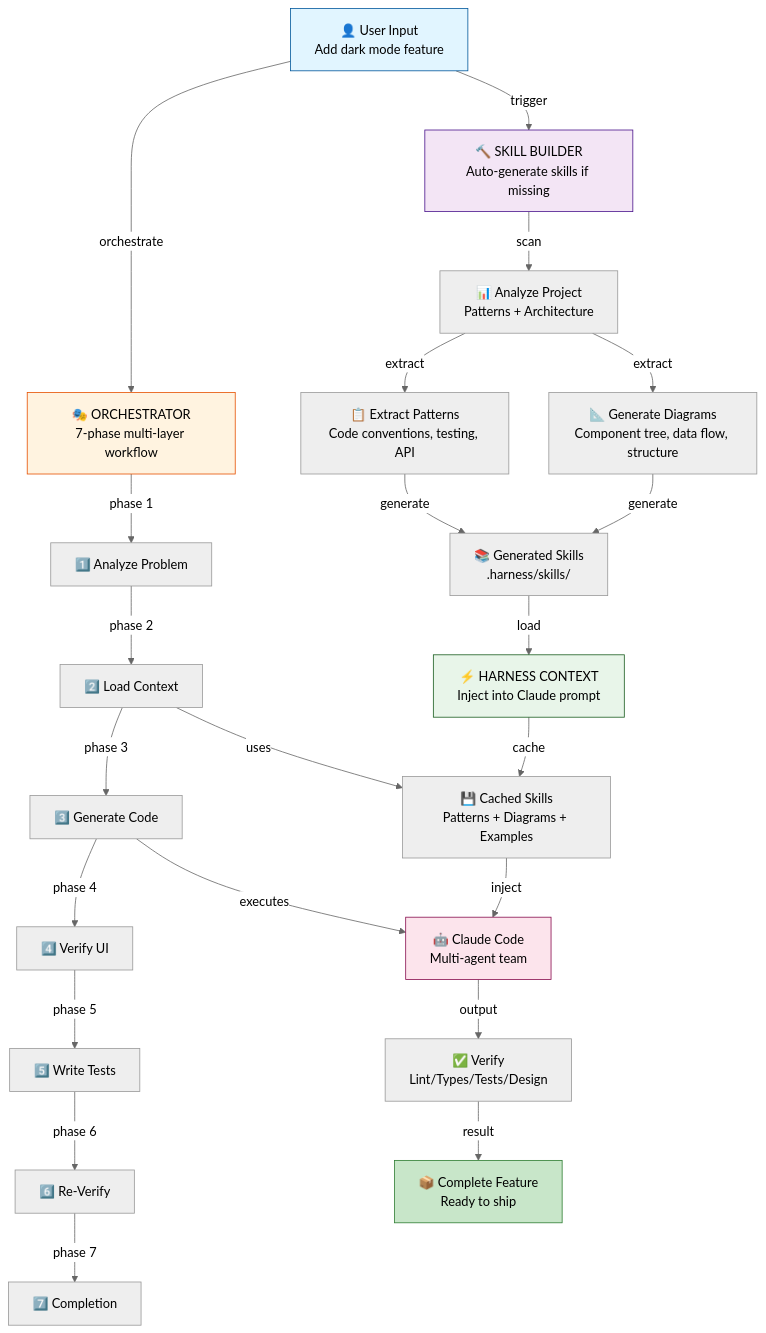
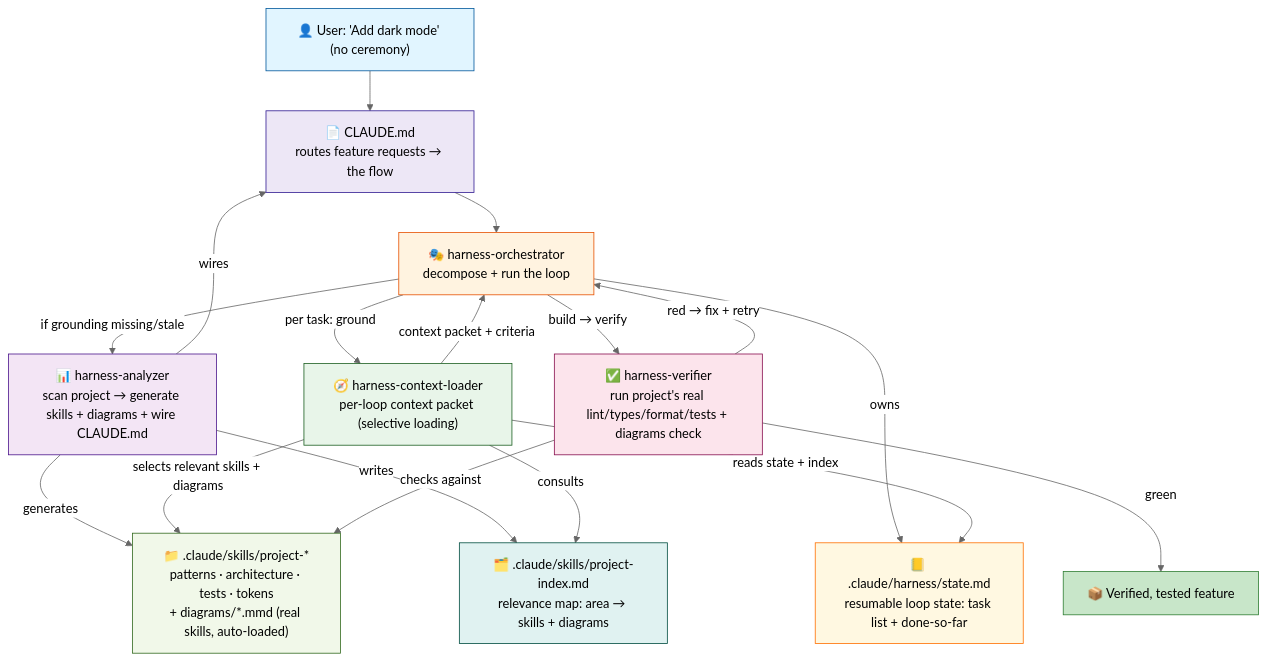
One commit to chetan25/harness-claude-skills changed the diagram in docs/ARCHITECTURE.md. Above: the diagram before and after it, drawn with Mermaid (neutral theme). The commit also changed other lines of this file and 28 other files, not shown here.

Commit message:
refactor: reorganize skills and used mermaid diagram

````diff
--- a/docs/ARCHITECTURE.md
+++ b/docs/ARCHITECTURE.md
@@ -11,59 +13,45 @@
 ```mermaid
 graph TB
-    User["👤 User Input<br/>Add dark mode feature"]
-    
-    Builder["🔨 SKILL BUILDER<br/>Auto-generate skills if missing"]
-    Analyze["📊 Analyze Project<br/>Patterns + Architecture"]
-    Mermaid["📐 Generate Diagrams<br/>Component tree, data flow, structure"]
-    Patterns["📋 Extract Patterns<br/>Code conventions, testing, API"]
-    
-    Skills["📚 Generated Skills<br/>.harness/skills/"]
-    
-    Harness["⚡ HARNESS CONTEXT<br/>Inject into Claude prompt"]
-    Cached["💾 Cached Skills<br/>Patterns + Diagrams + Examples"]
-    
-    Orchestrator["🎭 ORCHESTRATOR<br/>7-phase multi-layer workflow"]
-    Phase1["1️⃣  Analyze Problem"]
-    Phase2["2️⃣  Load Context"]
-    Phase3["3️⃣  Generate Code"]
-    Phase4["4️⃣  Verify UI"]
-    Phase5["5️⃣  Write Tests"]
-    Phase6["6️⃣  Re-Verify"]
-    Phase7["7️⃣  Completion"]
-    
-    Claude["🤖 Claude Code<br/>Multi-agent team"]
-    Verify["✅ Verify<br/>Lint/Types/Tests/Design"]
-    Result["📦 Complete Feature<br/>Ready to ship"]
-    
-    User -->|trigger| Builder
-    Builder -->|scan| Analyze
-    Analyze -->|extract| Mermaid
-    Analyze -->|extract| Patterns
-    Mermaid -->|generate| Skills
-    Patterns -->|generate| Skills
-    
-    Skills -->|load| Harness
-    Harness -->|cache| Cached
-    Cached -->|inject| Claude
-    
-    User -->|orchestrate| Orchestrator
-    Orchestrator -->|phase 1| Phase1
-    Phase1 -->|phase 2| Phase2
-    Phase2 -->|phase 3| Phase3
-    Phase3 -->|phase 4| Phase4
-    Phase4 -->|phase 5| Phase5
-    Phase5 -->|phase 6| Phase6
-    Phase6 -->|phase 7| Phase7
-    
-    Phase2 -->|uses| Cached
-    Phase3 -->|executes| Claude
-    Claude -->|output| Verify
-    Verify -->|result| Result
-    
+    User["👤 User: 'Add dark mode' (no ceremony)"]
+
+    CLAUDE["📄 CLAUDE.md<br/>routes feature requests → the flow"]
+
+    Orchestrator["🎭 harness-orchestrator<br/>decompose + run the loop"]
+    Analyzer["📊 harness-analyzer<br/>scan project → generate skills + diagrams + wire CLAUDE.md"]
+    Generated["📁 .claude/skills/project-*<br/>patterns · architecture · tests · tokens<br/>+ diagrams/*.mmd (real skills, auto-loaded)"]
+    Index["🗂️ .claude/skills/project-index.md<br/>relevance map: area → skills + diagrams"]
+    State["📒 .claude/harness/state.md<br/>resumable loop state: task list + done-so-far"]
+
+    Loader["🧭 harness-context-loader<br/>per-loop context packet (selective loading)"]
+    Verifier["✅ harness-verifier<br/>run project's real lint/types/format/tests + diagrams check"]
+
+    Result["📦 Verified, tested feature"]
+
+    User --> CLAUDE
+    CLAUDE --> Orchestrator
+    Orchestrator -->|"if grounding missing/stale"| Analyzer
+    Analyzer -->|generates| Generated
+    Analyzer -->|writes| Index
+    Analyzer -->|wires| CLAUDE
+    Orchestrator -->|"owns"| State
+    Orchestrator -->|"per task: ground"| Loader
+    Loader -->|"reads state + index"| State
+    Loader -->|"selects relevant skills + diagrams"| Generated
+    Loader -->|consults| Index
+    Loader -->|context packet + criteria| Orchestrator
+    Orchestrator -->|"build → verify"| Verifier
+    Verifier -->|"checks against"| Generated
+    Verifier -->|"green"| Result
+    Verifier -->|"red → fix + retry"| Orchestrator
+
     style User fill:#e1f5ff,stroke:#01579b,color:#000
-    style Builder fill:#f3e5f5,stroke:#4a148c,color:#000
-    style Harness fill:#e8f5e9,stroke:#1b5e20,color:#000
+    style CLAUDE fill:#ede7f6,stroke:#311b92,color:#000
+    style Analyzer fill:#f3e5f5,stroke:#4a148c,color:#000
+    style Generated fill:#f1f8e9,stroke:#33691e,color:#000
+    style Index fill:#e0f2f1,stroke:#004d40,color:#000
+    style State fill:#fff8e1,stroke:#ff6f00,color:#000
+    style Loader fill:#e8f5e9,stroke:#1b5e20,color:#000
     style Orchestrator fill:#fff3e0,stroke:#e65100,color:#000
-    style Claude fill:#fce4ec,stroke:#880e4f,color:#000
+    style Verifier fill:#fce4ec,stroke:#880e4f,color:#000
     style Result fill:#c8e6c9,stroke:#2e7d32,color:#000
 ```
````
